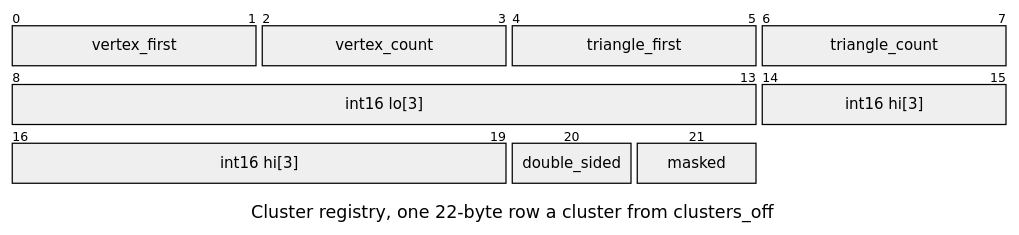
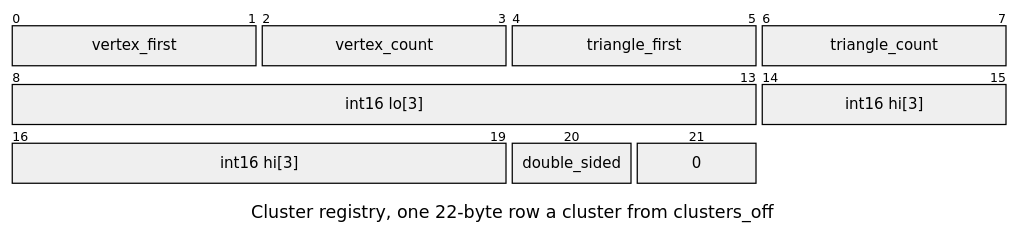
Before and after one commit to jose-villegas/autana: the second of 7 diagrams in docs/assets/formats/LMSH.md, drawn with Mermaid. The commit also changed other lines of this file and 53 other files, not shown here.

````diff
--- a/docs/assets/formats/LMSH.md
+++ b/docs/assets/formats/LMSH.md
@@ -37,19 +36,19 @@
 ```mermaid
 ---
 config:
-  themeCSS: "g:nth-of-type(2) rect:nth-of-type(1) { fill: #e3e3e3 !important; } g:nth-of-type(2) rect:nth-of-type(2) { fill: #93d6b0 !important; } g:nth-of-type(2) rect:nth-of-type(3) { fill: #e3e3e3 !important; } g:nth-of-type(2) rect:nth-of-type(4) { fill: #93d6b0 !important; } g:nth-of-type(3) rect:nth-of-type(1) { fill: #e3e3e3 !important; } g:nth-of-type(3) rect:nth-of-type(2) { fill: #e3e3e3 !important; } g:nth-of-type(4) rect:nth-of-type(1) { fill: #e3e3e3 !important; } g:nth-of-type(4) rect:nth-of-type(2) { fill: #e3e3e3 !important; } g:nth-of-type(4) rect:nth-of-type(3) { fill: #e3e3e3 !important; } .packetLabel { fill: #1b1b1b !important; }"
+  themeCSS: "g:nth-of-type(2) rect:nth-of-type(1) { fill: #e3e3e3 !important; } g:nth-of-type(2) rect:nth-of-type(2) { fill: #93d6b0 !important; } g:nth-of-type(2) rect:nth-of-type(3) { fill: #e3e3e3 !important; } g:nth-of-type(2) rect:nth-of-type(4) { fill: #93d6b0 !important; } g:nth-of-type(3) rect:nth-of-type(1) { fill: #e3e3e3 !important; } g:nth-of-type(3) rect:nth-of-type(2) { fill: #e3e3e3 !important; } g:nth-of-type(4) rect:nth-of-type(1) { fill: #e3e3e3 !important; } g:nth-of-type(4) rect:nth-of-type(2) { fill: #e3e3e3 !important; } g:nth-of-type(4) rect:nth-of-type(3) { fill: #ffffff !important; stroke-dasharray: 4 3 !important; } .packetLabel { fill: #1b1b1b !important; }"
   packet:
     bitsPerRow: 8
     bitWidth: 100
 ---
 packet-beta
 title Cluster registry, one 22-byte row a cluster from clusters_off
 0-1: "vertex_first"
 2-3: "vertex_count"
 4-5: "triangle_first"
 6-7: "triangle_count"
 8-13: "int16 lo[3]"
 14-19: "int16 hi[3]"
 20: "double_sided"
-21: "masked"
+21: "0"
 ```
````
